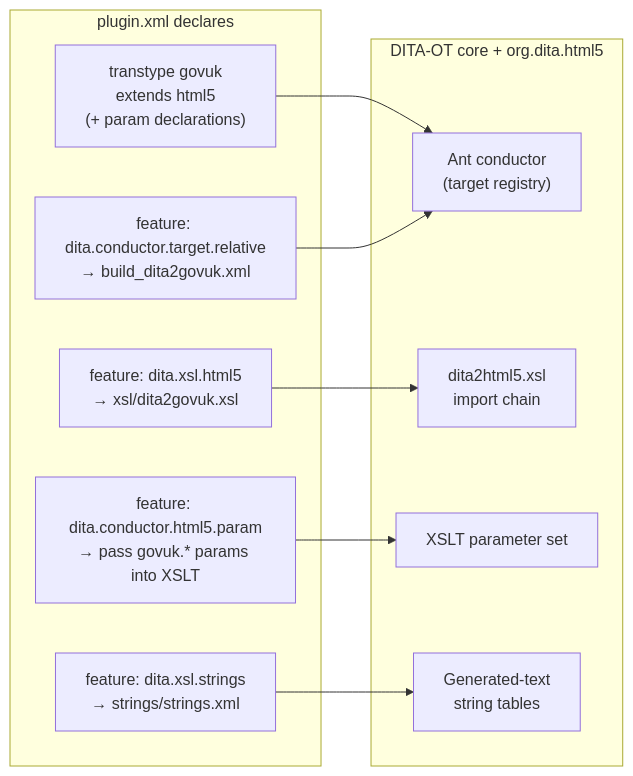
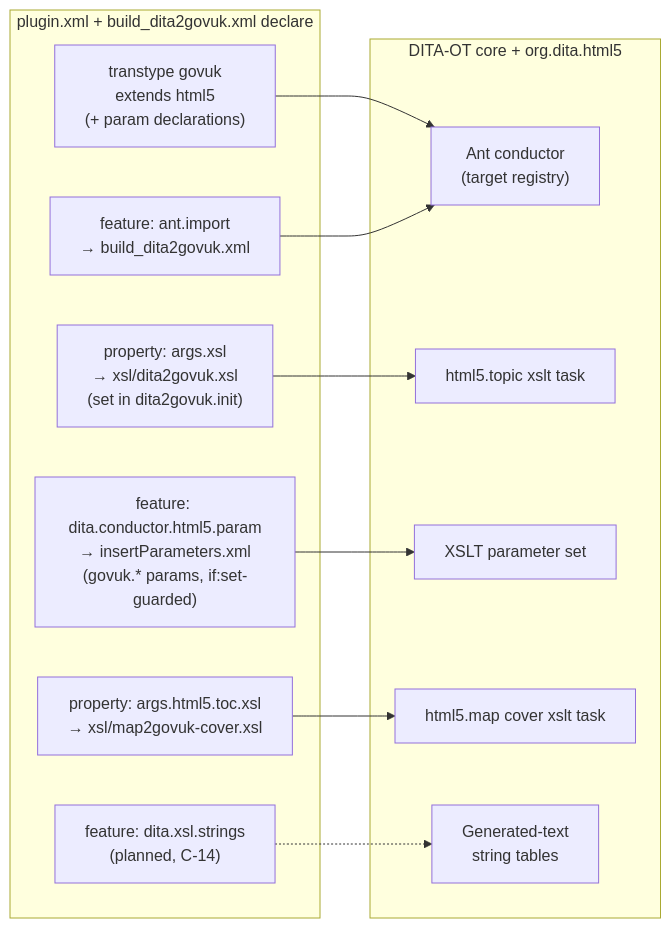
Before and after one commit to iStandUK/govuk-dita-plugin: the second of 3 diagrams in design/03-architecture.md, drawn with Mermaid. The commit also changed other lines of this file and 6 other files, not shown here.

````diff
--- a/design/03-architecture.md
+++ b/design/03-architecture.md
@@ -95,23 +100,26 @@
 ```mermaid
 flowchart LR
-    subgraph plugin["plugin.xml declares"]
+    subgraph plugin["plugin.xml + build_dita2govuk.xml declare"]
         T["transtype govuk<br/>extends html5<br/>(+ param declarations)"]
-        F1["feature: dita.conductor.target.relative<br/>→ build_dita2govuk.xml"]
-        F2["feature: dita.xsl.html5<br/>→ xsl/dita2govuk.xsl"]
-        F3["feature: dita.conductor.html5.param<br/>→ pass govuk.* params into XSLT"]
-        F4["feature: dita.xsl.strings<br/>→ strings/strings.xml"]
+        F1["feature: ant.import<br/>→ build_dita2govuk.xml"]
+        F2["property: args.xsl<br/>→ xsl/dita2govuk.xsl<br/>(set in dita2govuk.init)"]
+        F3["feature: dita.conductor.html5.param<br/>→ insertParameters.xml<br/>(govuk.* params, if:set-guarded)"]
+        F4["property: args.html5.toc.xsl<br/>→ xsl/map2govuk-cover.xsl"]
+        F5["feature: dita.xsl.strings<br/>(planned, C-14)"]
     end
 
     subgraph ot["DITA-OT core + org.dita.html5"]
         E1["Ant conductor<br/>(target registry)"]
-        E2["dita2html5.xsl<br/>import chain"]
+        E2["html5.topic xslt task"]
         E3["XSLT parameter set"]
-        E4["Generated-text<br/>string tables"]
+        E4["html5.map cover xslt task"]
+        E5["Generated-text<br/>string tables"]
     end
 
     T --> E1
     F1 --> E1
     F2 --> E2
     F3 --> E3
     F4 --> E4
+    F5 -.-> E5
 ```
````
